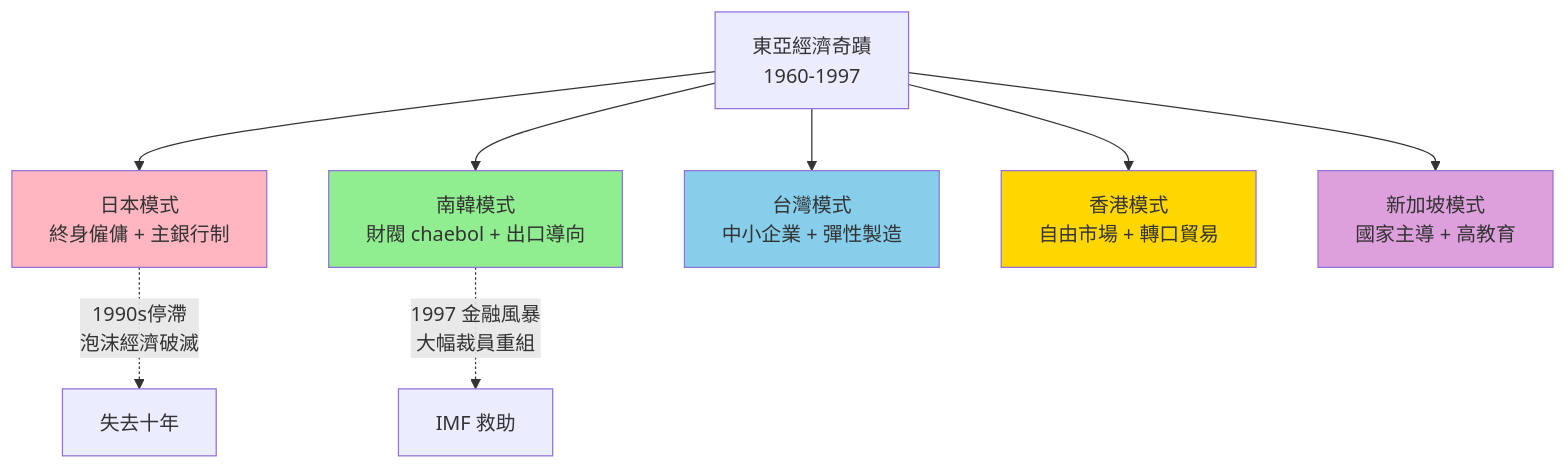
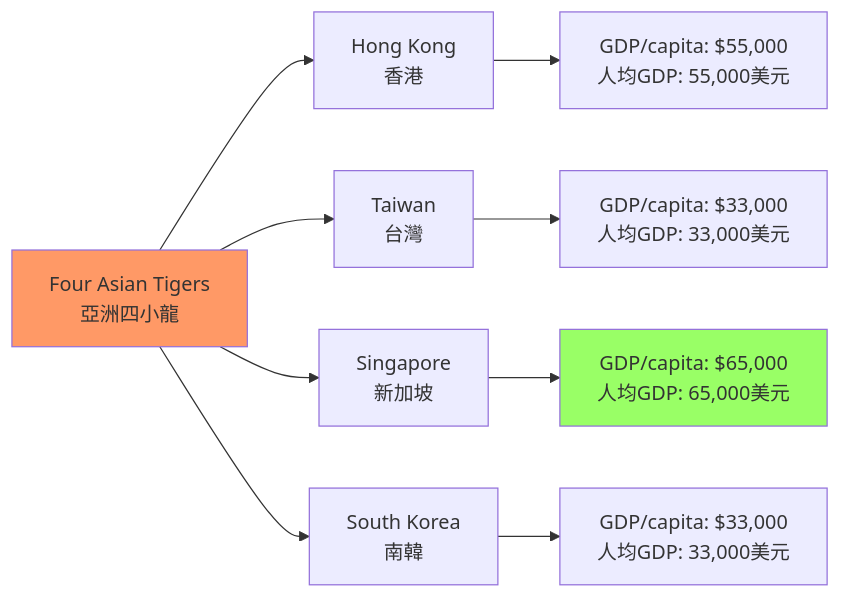
Before and after one commit to yip-lgtm/HKU-Harvard-History-Self-Study: the third of 3 diagrams in 01_HKU_Courses/HIST1023_Modern_East_Asia.md, drawn with Mermaid. The commit also changed other lines of this file and 25 other files, not shown here.

````diff
--- a/01_HKU_Courses/HIST1023_Modern_East_Asia.md
+++ b/01_HKU_Courses/HIST1023_Modern_East_Asia.md
@@ -308,15 +91,15 @@
 ```mermaid
-graph TD
-    A["東亞經濟奇蹟<br/>1960-1997"] --> B["日本模式<br/>終身僱傭 + 主銀行制"]
-    A --> C["南韓模式<br/>財閥 chaebol + 出口導向"]
-    A --> D["台灣模式<br/>中小企業 + 彈性製造"]
-    A --> E["香港模式<br/>自由市場 + 轉口貿易"]
-    A --> F["新加坡模式<br/>國家主導 + 高教育"]
-    B -.->|"1990s停滯<br/>泡沫經濟破滅"| B1["失去十年"]
-    C -.->|"1997 金融風暴<br/>大幅裁員重組"| C1["IMF 救助"]
-    style B fill:#FFB6C1
-    style C fill:#90EE90
-    style D fill:#87CEEB
-    style E fill:#FFD700
-    style F fill:#DDA0DD
+graph LR
+    A[Four Asian Tigers<br/>亞洲四小龍] --> B[Hong Kong<br/>香港]
+    A --> C[Taiwan<br/>台灣]
+    A --> D[Singapore<br/>新加坡]
+    A --> E[South Korea<br/>南韓]
+    
+    B --> B1[GDP/capita: $55,000<br/>人均GDP: 55,000美元]
+    C --> C1[GDP/capita: $33,000<br/>人均GDP: 33,000美元]
+    D --> D1[GDP/capita: $65,000<br/>人均GDP: 65,000美元]
+    E --> E1[GDP/capita: $33,000<br/>人均GDP: 33,000美元]
+    
+    style A fill:#f96
+    style D1 fill:#9f6
 ```
````
